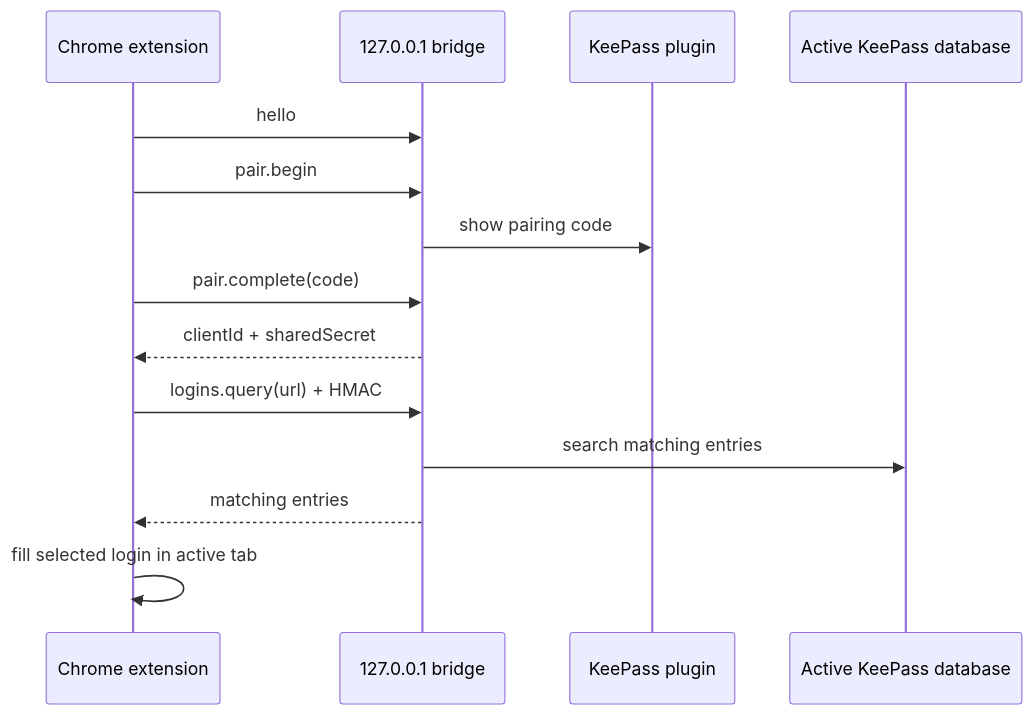
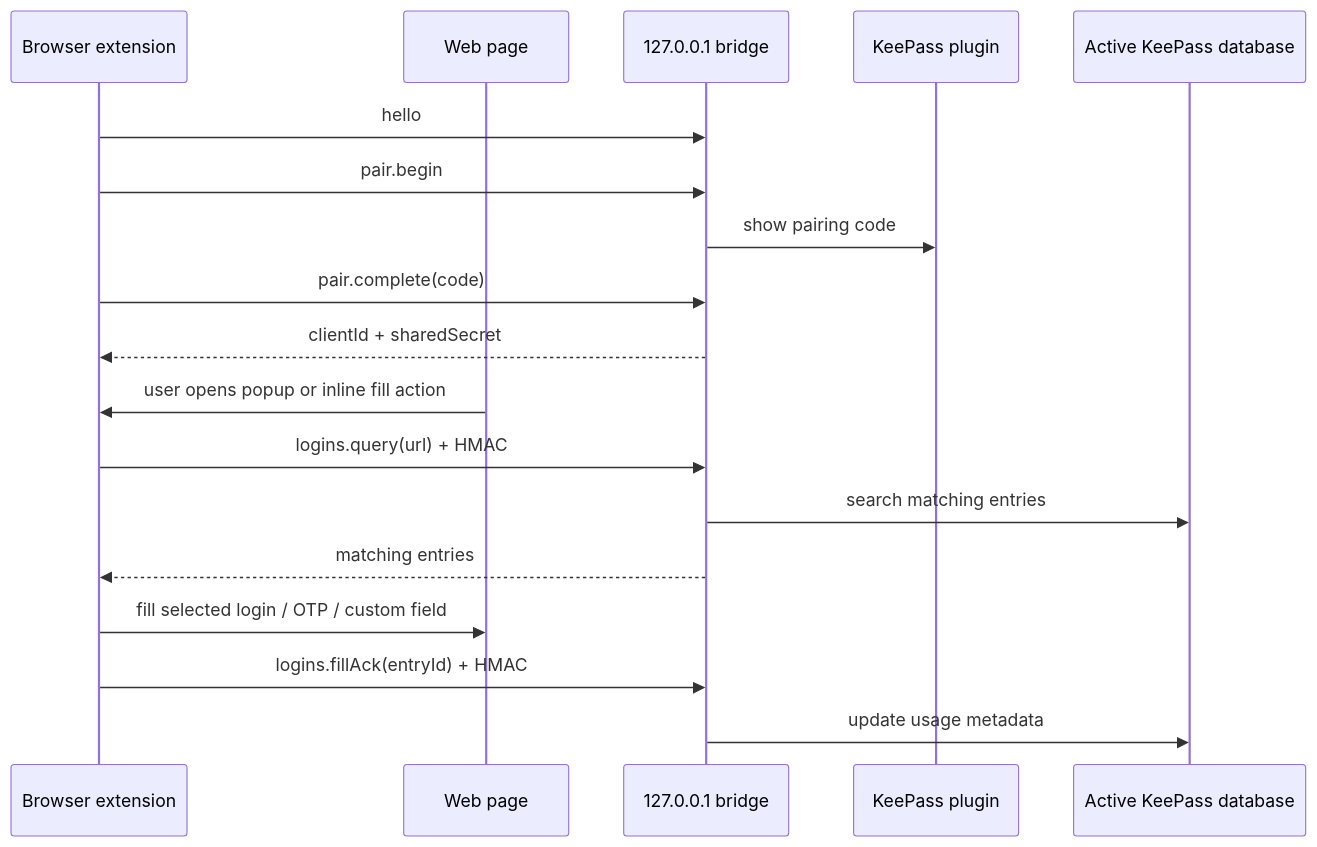
The first of 2 diagrams in docs/architecture.md (hieuck/KeePassBrowserBridge), drawn with Mermaid before and after one commit. The commit also changed other lines of this file and 32 other files, not shown here.

````diff
--- a/docs/architecture.md
+++ b/docs/architecture.md
@@ -10,17 +12,21 @@
 ```mermaid
 sequenceDiagram
-    participant Chrome as Chrome extension
+    participant Browser as Browser extension
+    participant Page as Web page
     participant Bridge as 127.0.0.1 bridge
     participant KeePass as KeePass plugin
     participant Db as Active KeePass database
 
-    Chrome->>Bridge: hello
-    Chrome->>Bridge: pair.begin
+    Browser->>Bridge: hello
+    Browser->>Bridge: pair.begin
     Bridge->>KeePass: show pairing code
-    Chrome->>Bridge: pair.complete(code)
-    Bridge-->>Chrome: clientId + sharedSecret
-    Chrome->>Bridge: logins.query(url) + HMAC
+    Browser->>Bridge: pair.complete(code)
+    Bridge-->>Browser: clientId + sharedSecret
+    Page->>Browser: user opens popup or inline fill action
+    Browser->>Bridge: logins.query(url) + HMAC
     Bridge->>Db: search matching entries
-    Bridge-->>Chrome: matching entries
-    Chrome->>Chrome: fill selected login in active tab
+    Bridge-->>Browser: matching entries
+    Browser->>Page: fill selected login / OTP / custom field
+    Browser->>Bridge: logins.fillAck(entryId) + HMAC
+    Bridge->>Db: update usage metadata
 ```
````
